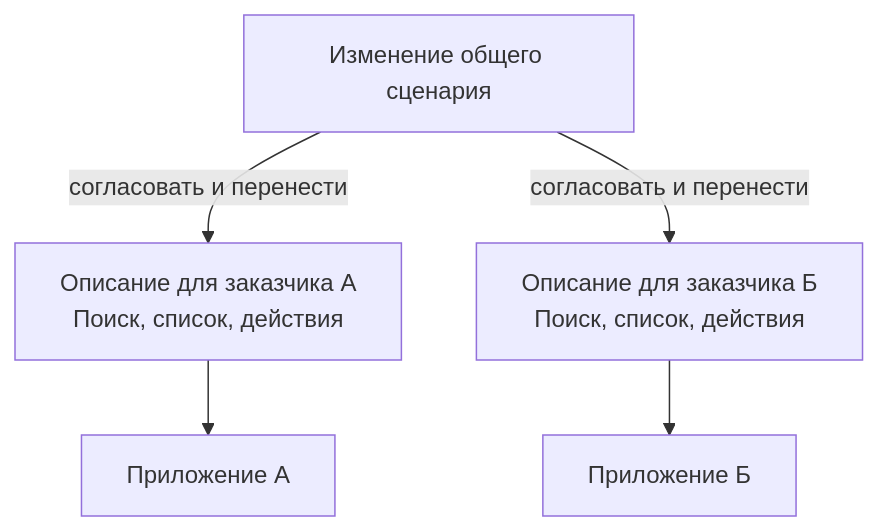
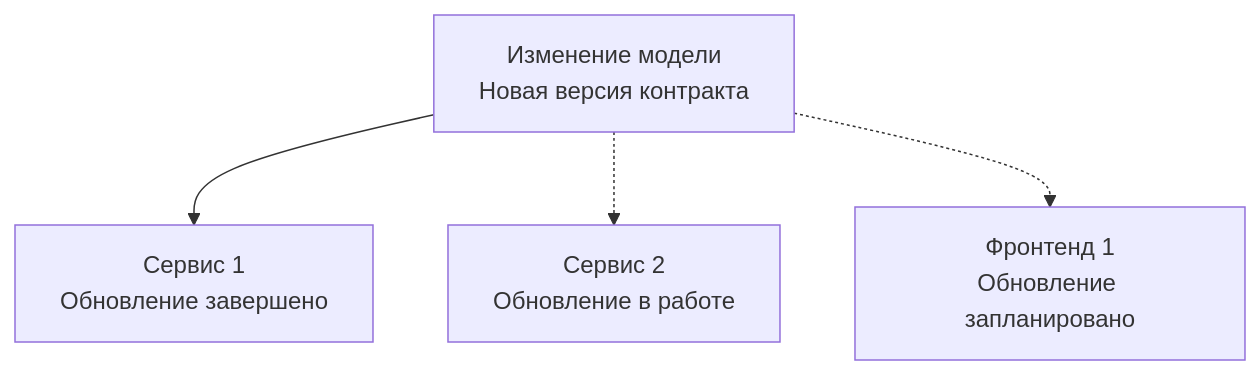
The second of 4 diagrams in docs/product-v2/index.md (endge-lab/configurator-docs), drawn with Mermaid before and after one commit. The commit also changed other lines of this file and 6 other files, not shown here.

````diff
--- a/docs/product-v2/index.md
+++ b/docs/product-v2/index.md
@@ -19,15 +34,13 @@
 ```mermaid
 flowchart TB
-  CHANGE["Изменение общего сценария"]
-  A["Описание для заказчика А<br/>Поиск, список, действия"]
-  B["Описание для заказчика Б<br/>Поиск, список, действия"]
-  APP_A["Приложение А"]
-  APP_B["Приложение Б"]
-  CHANGE -->|согласовать и перенести| A
-  CHANGE -->|согласовать и перенести| B
-  A --> APP_A
-  B --> APP_B
-  class CHANGE endgeProcess
-  class A,B endgeRegistry
-  class APP_A,APP_B endgeSuccess
+  CHANGE["Изменение модели<br/>Новая версия контракта"]
+  S1["Сервис 1<br/>Обновление завершено"]
+  S2["Сервис 2<br/>Обновление в работе"]
+  F1["Фронтенд 1<br/>Обновление запланировано"]
+  CHANGE --> S1
+  CHANGE -.-> S2
+  CHANGE -.-> F1
+  class CHANGE endgeRegistry
+  class S1 endgeSuccess
+  class S2,F1 endgeProcess
 ```
````
